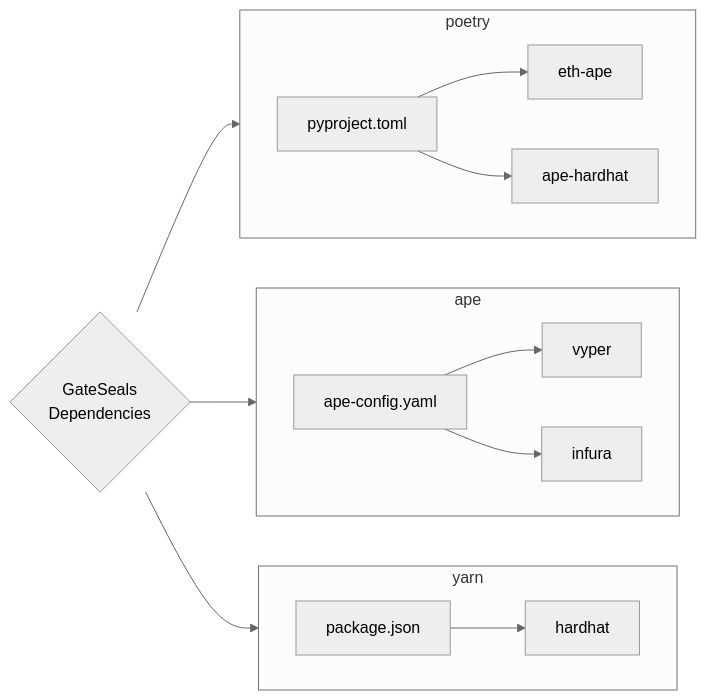
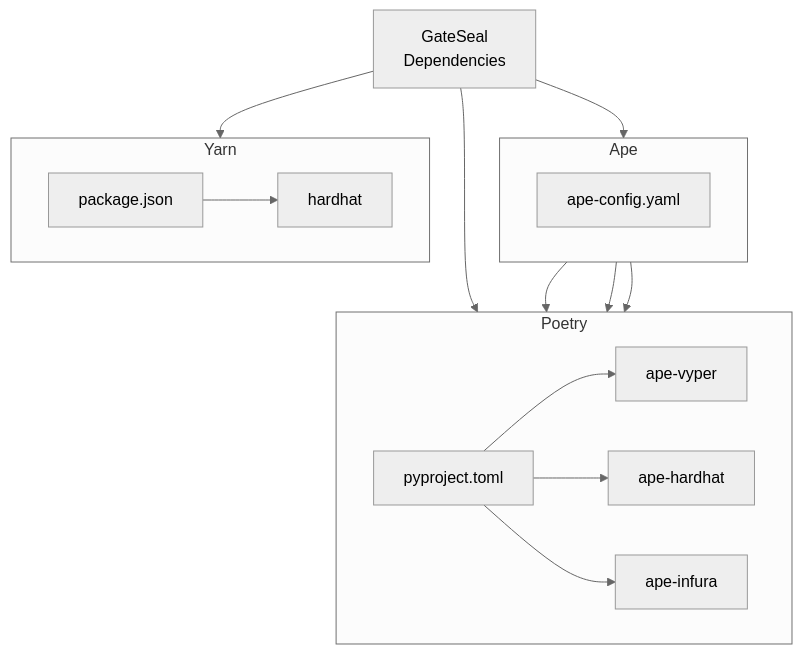
The diagram in README.md (Alexvozhak/gate-seals-v2), drawn with Mermaid (neutral theme) before and after one commit. The commit also changed other lines of this file, not shown here.

Commit message:
docs: update README.md  - clarify dependency diagram

````diff
--- a/README.md
+++ b/README.md
@@ -54,39 +54,39 @@
 ```mermaid
-flowchart LR
-    subgraph ape["ape"]
+flowchart TD
+    subgraph Poetry
         direction LR
+        apeVyper["ape-vyper"]
+        apeInfura["ape-infura"]
+        apeHardhat["ape-hardhat"]
 
-        apeConfig["ape-config.yaml"]
-        vyper["vyper"]
-        infura["infura"]
-        
-        apeConfig --> vyper
-        apeConfig --> infura
+        poetryConfig["pyproject.toml"]
+        poetryConfig --> apeHardhat
+        poetryConfig --> apeVyper
+        poetryConfig --> apeInfura
     end
 
-    subgraph yarn["yarn"]
+    subgraph Ape
         direction LR
-        
+        apeConfig["ape-config.yaml"]
+
+        apeConfig --> apeVyper
+        apeConfig --> apeInfura
+        apeConfig --> apeHardhat
+    end
+
+    subgraph Yarn
+        direction LR
         yarnConfig["package.json"]
         hardhat["hardhat"]
-        
         yarnConfig --> hardhat
     end
 
-    subgraph poetry["poetry"]
-        direction LR
 
-        poetryConfig["pyproject.toml"]
-        eth-ape["eth-ape"]
-        ape-hardhat["ape-hardhat"]
 
-        poetryConfig --> eth-ape
-        poetryConfig --> ape-hardhat
-    end  
+    GateSeal["GateSeal
+    Dependencies"]
 
-    GateSeal{"GateSeals\nDependencies"}
-
-    GateSeal --> poetry
-    GateSeal --> ape
-    GateSeal --> yarn
+    GateSeal --> Ape
+    GateSeal --> Yarn
+    GateSeal --> Poetry
 ```
````
